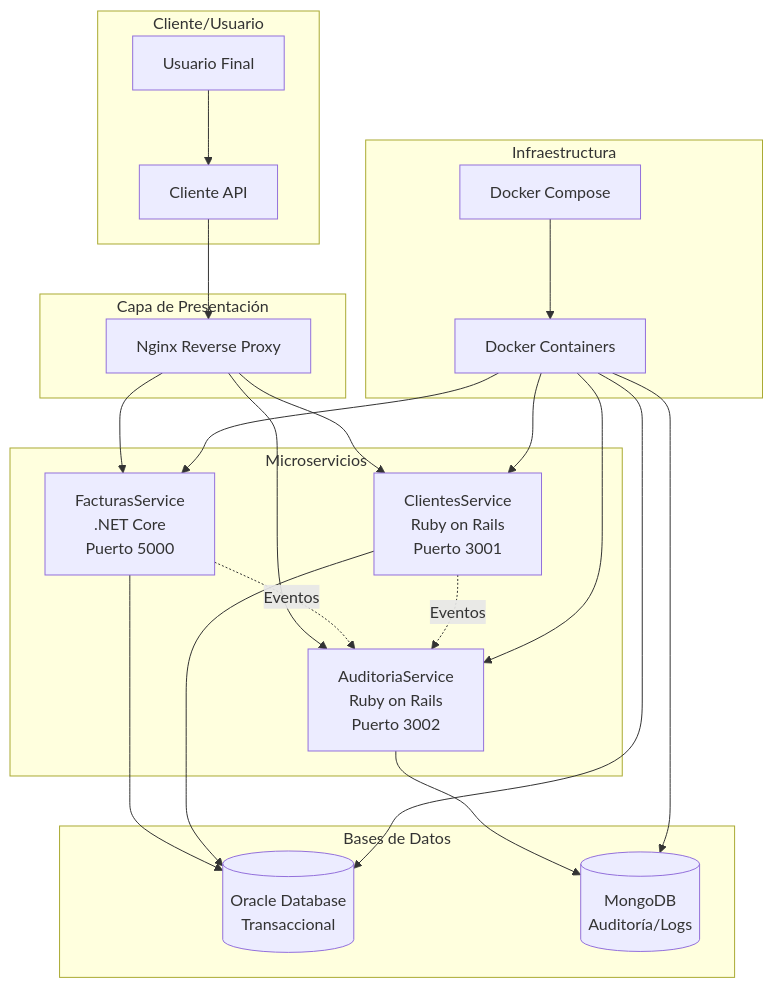
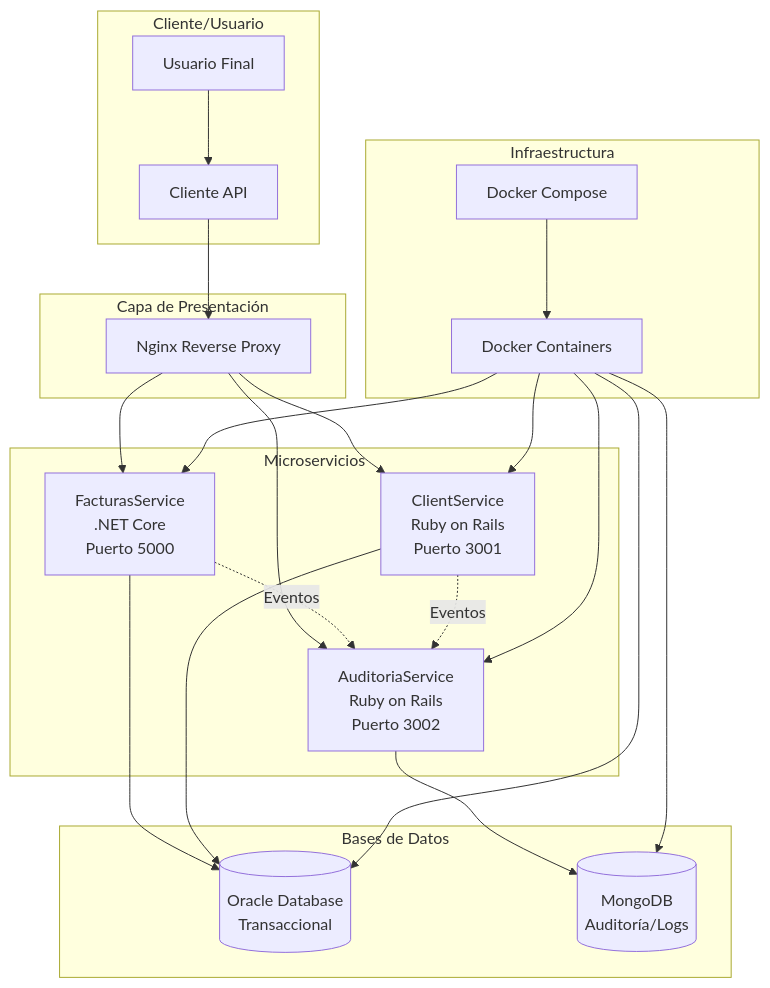
One commit to mailo2202/prueba-tecnica-double-v changed the first of 5 diagrams in docs/arquitectura.md. Above: the diagram before and after it, drawn with Mermaid. The commit also changed other lines of this file and 69 other files, not shown here.

````diff
--- a/docs/arquitectura.md
+++ b/docs/arquitectura.md
@@ -5,48 +5,48 @@
 ```mermaid
 graph TB
     subgraph "Cliente/Usuario"
         U[Usuario Final]
         API[Cliente API]
     end
     
     subgraph "Capa de Presentación"
         NGINX[Nginx Reverse Proxy]
     end
     
     subgraph "Microservicios"
         FS[FacturasService<br/>.NET Core<br/>Puerto 5000]
-        CS[ClientesService<br/>Ruby on Rails<br/>Puerto 3001]
+        CS[ClientService<br/>Ruby on Rails<br/>Puerto 3001]
         AS[AuditoriaService<br/>Ruby on Rails<br/>Puerto 3002]
     end
     
     subgraph "Bases de Datos"
         ORACLE[(Oracle Database<br/>Transaccional)]
         MONGO[(MongoDB<br/>Auditoría/Logs)]
     end
     
     subgraph "Infraestructura"
         DOCKER[Docker Containers]
         COMPOSE[Docker Compose]
     end
     
     U --> API
     API --> NGINX
     NGINX --> FS
     NGINX --> CS
     NGINX --> AS
     
     FS --> ORACLE
     CS --> ORACLE
     AS --> MONGO
     
     FS -.->|Eventos| AS
     CS -.->|Eventos| AS
     
     DOCKER --> FS
     DOCKER --> CS
     DOCKER --> AS
     DOCKER --> ORACLE
     DOCKER --> MONGO
     
     COMPOSE --> DOCKER
 ```
````
